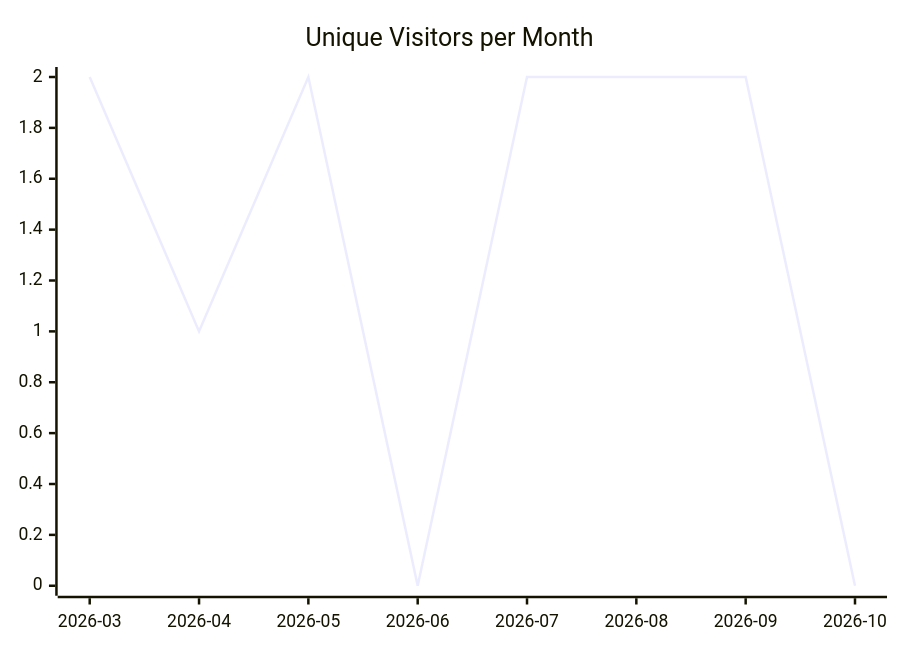
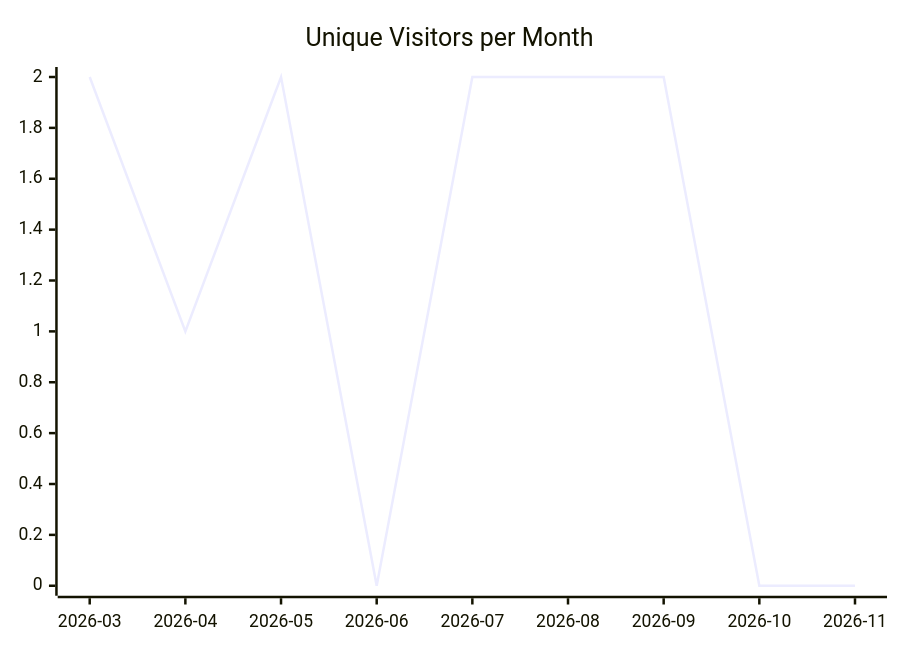
One commit to justdavis-family/github-analytics-data changed the first of 3 diagrams in karlmdavis/kxml2/README.md. Above: the diagram before and after it, drawn with Mermaid. The commit also changed other lines of this file and 201 other files, not shown here.

````diff
--- a/karlmdavis/kxml2/README.md
+++ b/karlmdavis/kxml2/README.md
@@ -5,6 +5,6 @@
 ```mermaid
 xychart-beta
   title "Unique Visitors per Month"
-  x-axis ["2026-03", "2026-04", "2026-05", "2026-06", "2026-07", "2026-08", "2026-09", "2026-10"]
-  line [2, 1, 2, 0, 2, 2, 2, 0]
+  x-axis ["2026-03", "2026-04", "2026-05", "2026-06", "2026-07", "2026-08", "2026-09", "2026-10", "2026-11"]
+  line [2, 1, 2, 0, 2, 2, 2, 0, 0]
 ```
````
